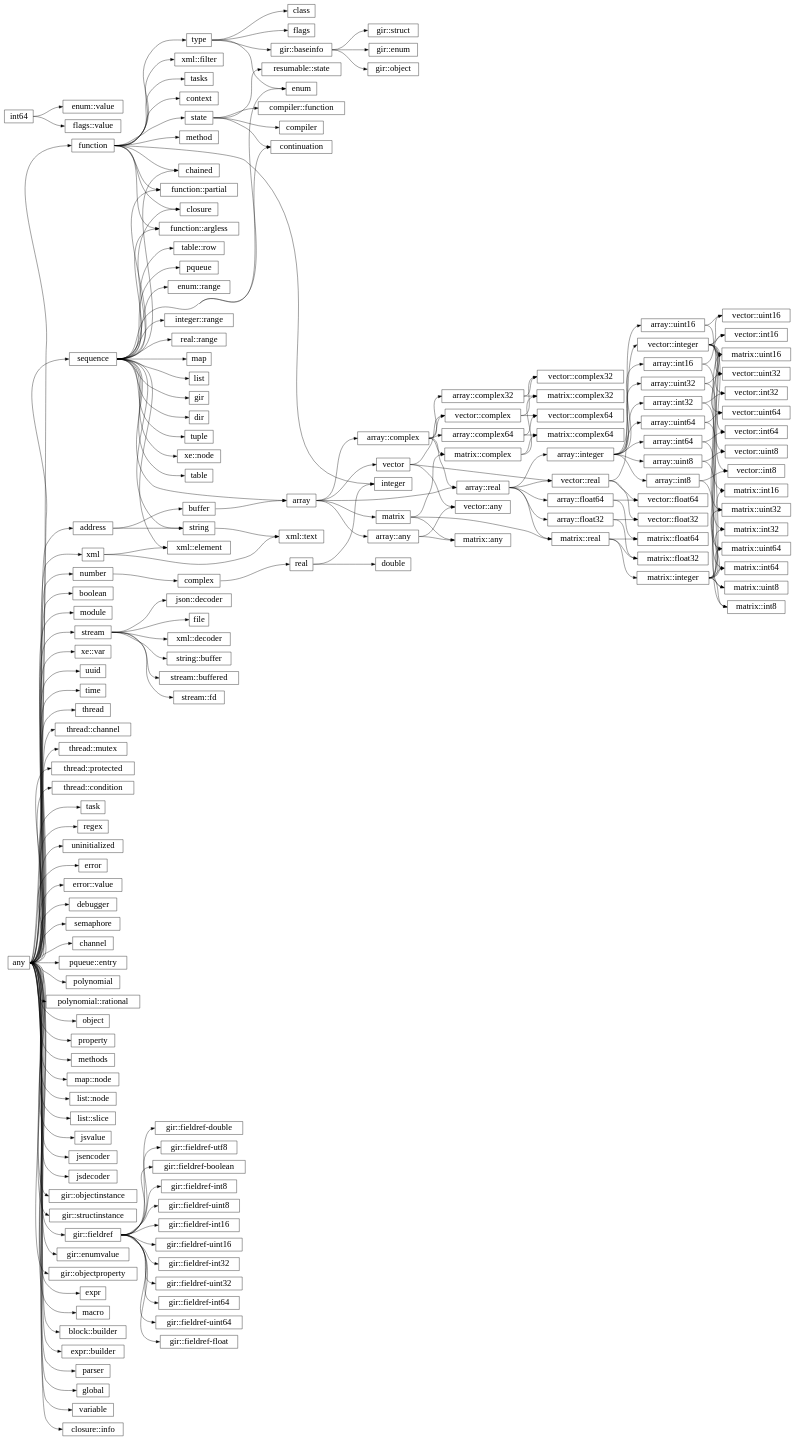
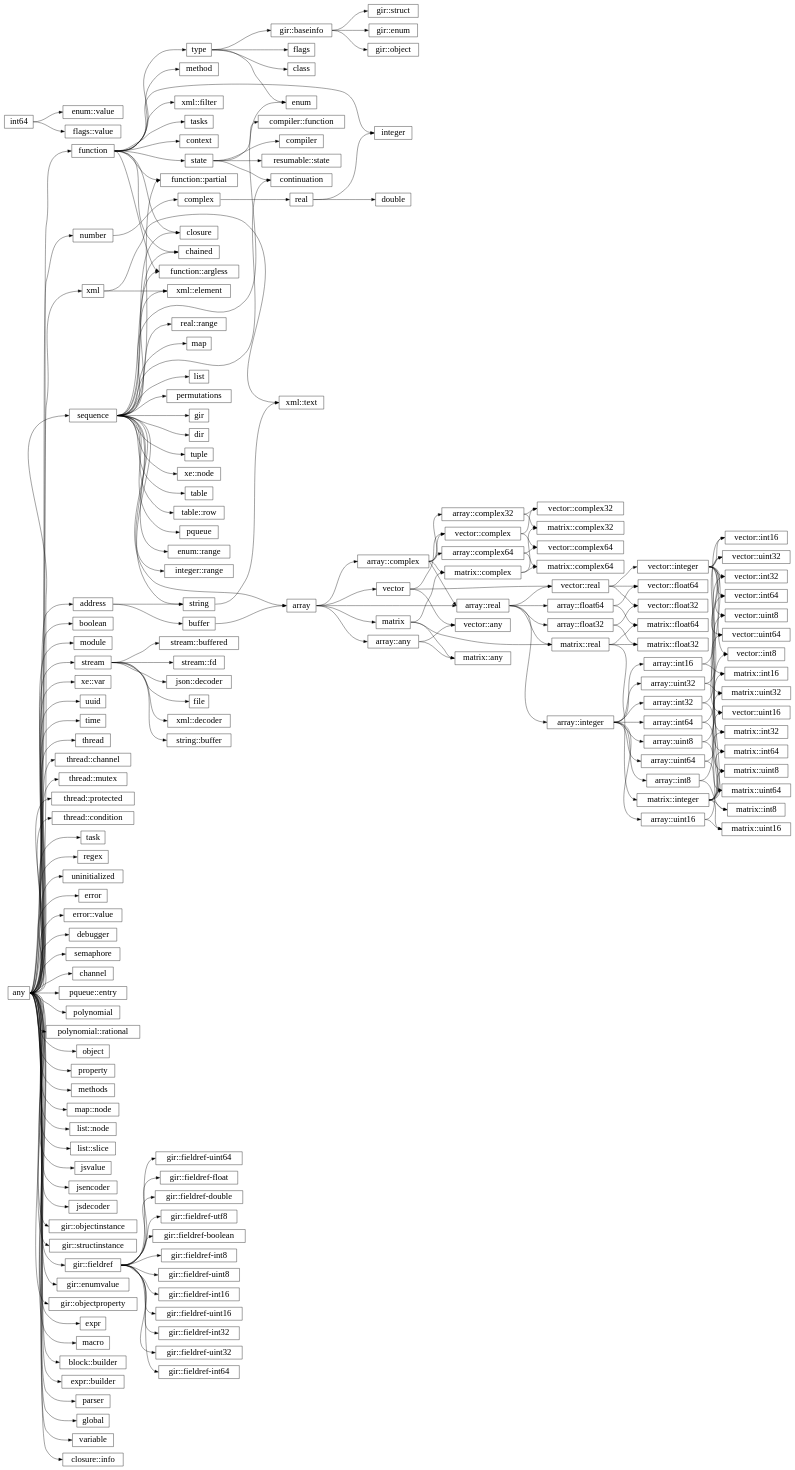
Before and after one commit to wrapl/minilang: the diagram in docs/library/hierarchy.rst, drawn with Graphviz. The commit also changed 17 other files, not shown here.

```diff
--- a/docs/library/hierarchy.rst
+++ b/docs/library/hierarchy.rst
@@ -90,6 +90,7 @@
       "sequence":e -> "list":w;
       "any":e -> "list::node":w;
       "any":e -> "list::slice":w;
+      "sequence":e -> "permutations":w;
       "stream":e -> "json::decoder":w;
       "any":e -> "jsvalue":w;
       "any":e -> "jsencoder":w;
```
